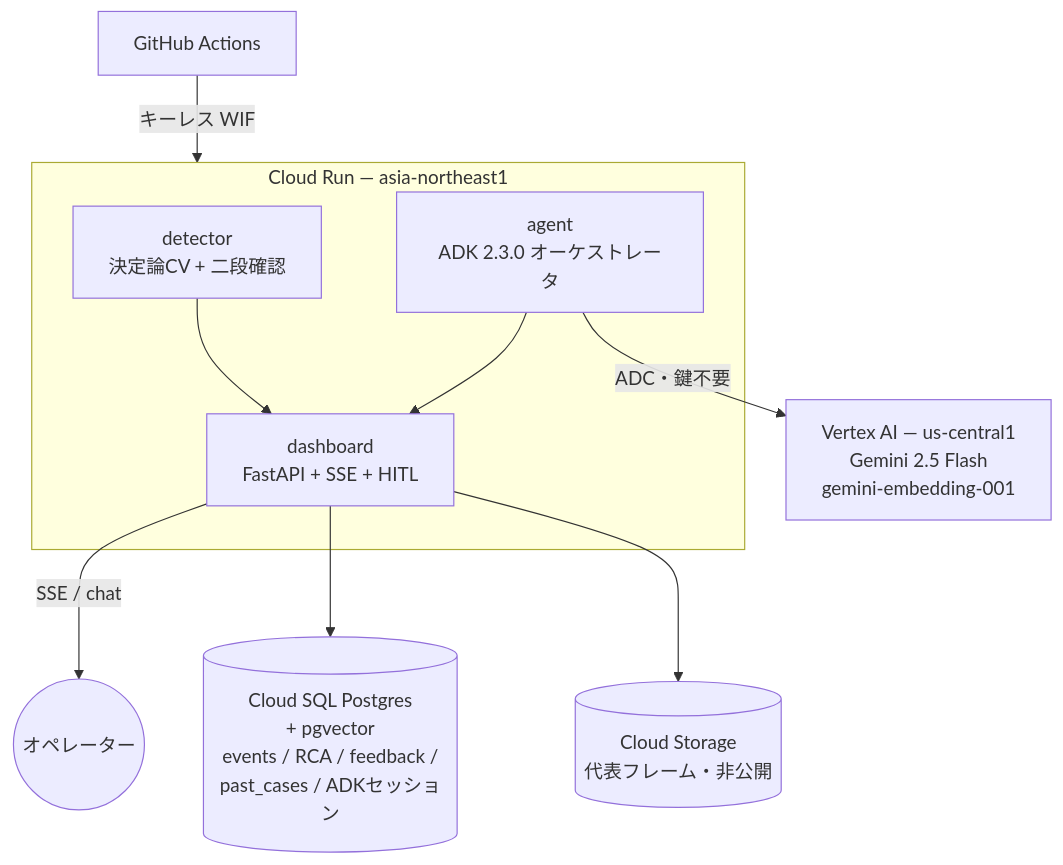
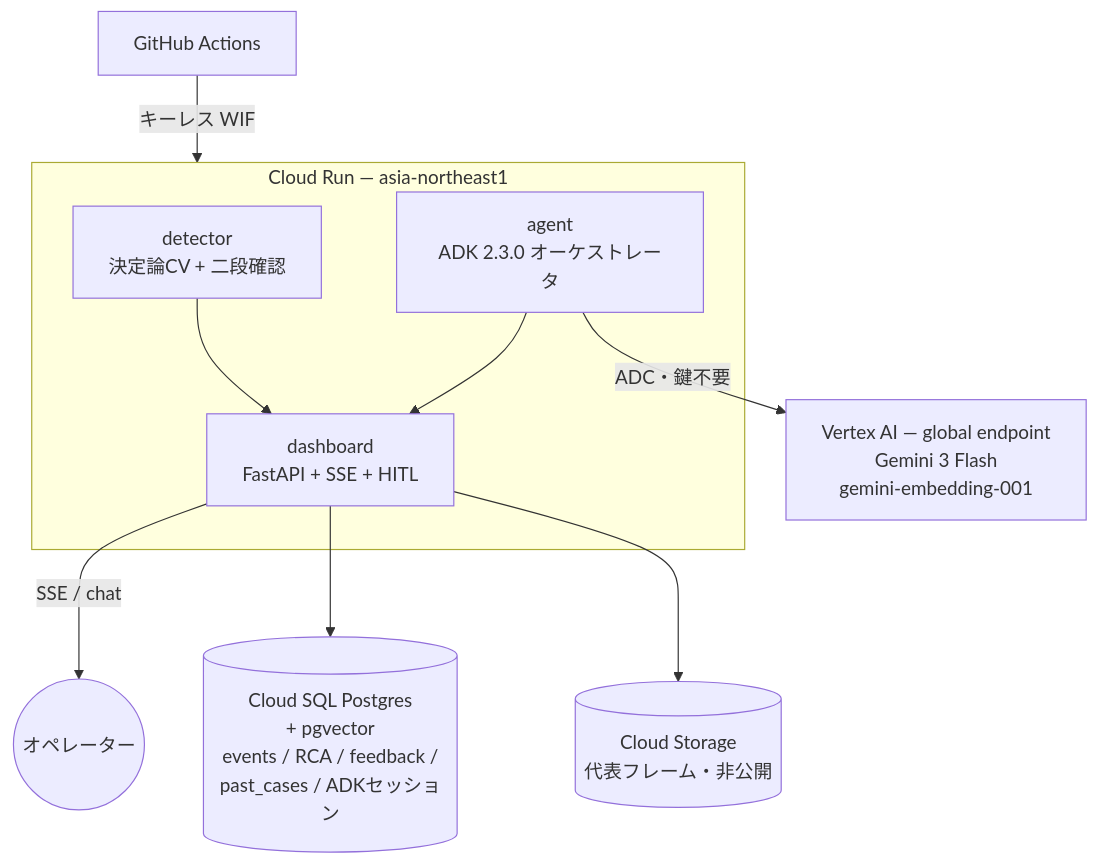
The second of 2 diagrams in README.md (ai-club-lab/e-andon), drawn with Mermaid before and after one commit. The commit also changed other lines of this file and 1 other file, not shown here.

````diff
--- a/README.md
+++ b/README.md
@@ -72,12 +83,12 @@
 ```mermaid
 flowchart TB
     subgraph CloudRun["Cloud Run — asia-northeast1"]
         DET[detector<br>決定論CV + 二段確認] --> DASH[dashboard<br>FastAPI + SSE + HITL]
         AGENT[agent<br>ADK 2.3.0 オーケストレータ] --> DASH
     end
     DASH -->|SSE / chat| USER((オペレーター))
-    AGENT -->|ADC・鍵不要| VERTEX[Vertex AI — us-central1<br>Gemini 2.5 Flash<br>gemini-embedding-001]
+    AGENT -->|ADC・鍵不要| VERTEX[Vertex AI — global endpoint<br>Gemini 3 Flash<br>gemini-embedding-001]
     DASH --> SQL[(Cloud SQL Postgres<br>+ pgvector<br>events / RCA / feedback /<br>past_cases / ADKセッション)]
     DASH --> GCS[(Cloud Storage<br>代表フレーム・非公開)]
     GH[GitHub Actions] -->|キーレス WIF| CloudRun
 ```
````
